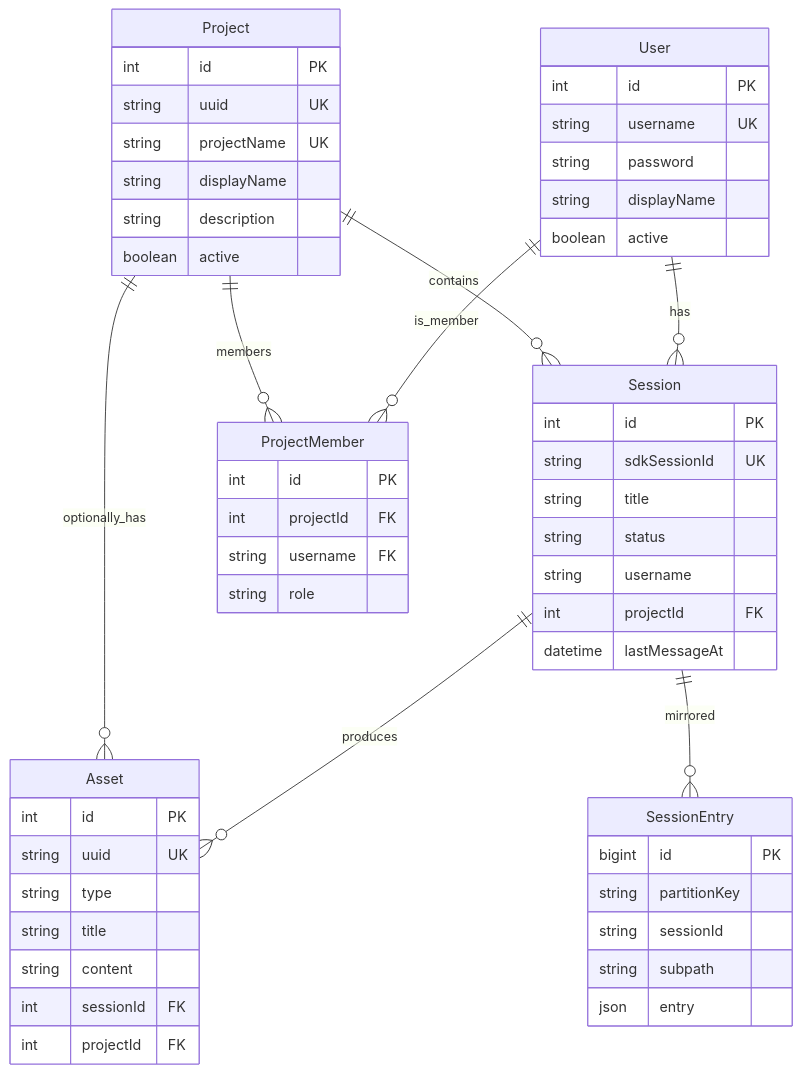
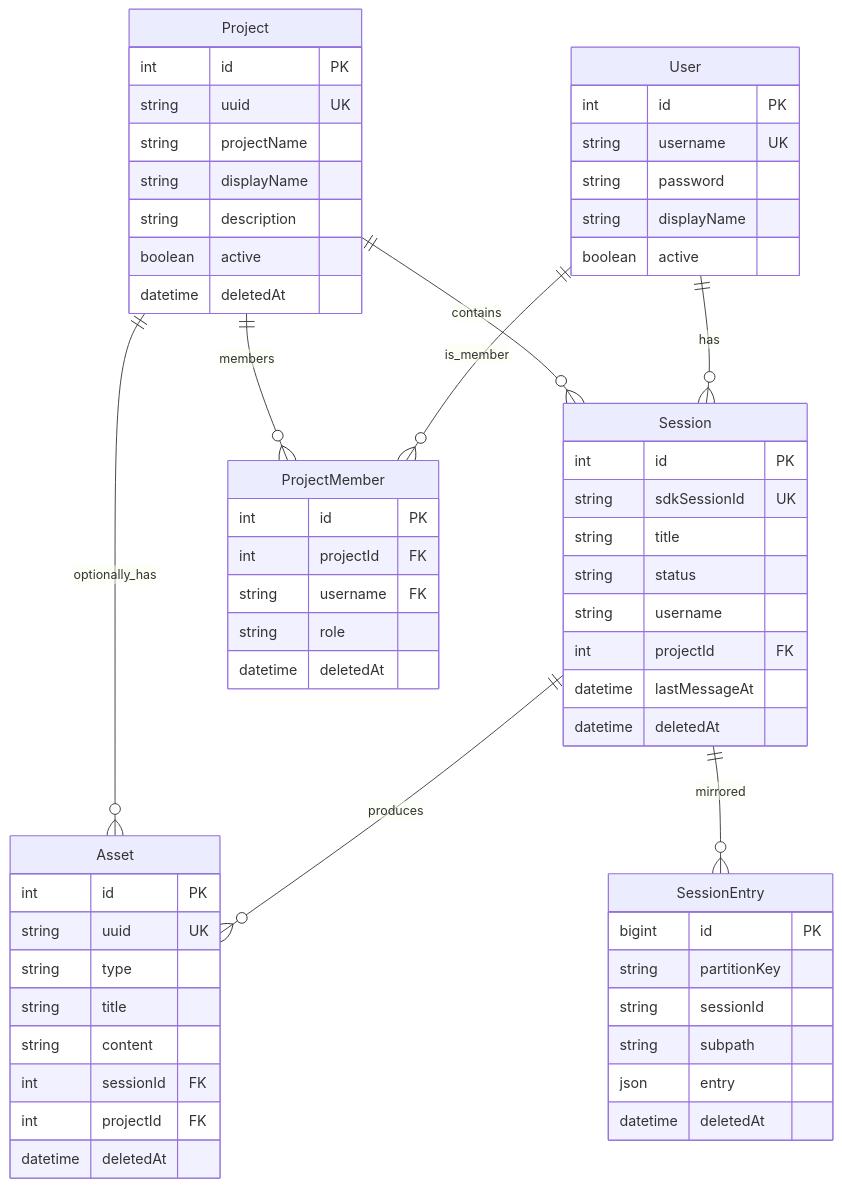
Before and after one commit to billkang/oceanus: the fourth of 4 diagrams in docs/2-architecture/overview.md, drawn with Mermaid. The commit also changed other lines of this file and 64 other files, not shown here.

````diff
--- a/docs/2-architecture/overview.md
+++ b/docs/2-architecture/overview.md
@@ -199,57 +205,62 @@
 ```mermaid
 erDiagram
     User ||--o{ Session : has
     User ||--o{ ProjectMember : is_member
     Project ||--o{ Session : contains
     Project ||--o{ ProjectMember : members
     Session ||--o{ Asset : produces
     Project ||--o{ Asset : optionally_has
     Session ||--o{ SessionEntry : mirrored
 
     User {
         int id PK
         string username UK
         string password
         string displayName
         boolean active
     }
     Project {
         int id PK
         string uuid UK
-        string projectName UK
+        string projectName
         string displayName
         string description
         boolean active
+        datetime deletedAt
     }
     ProjectMember {
         int id PK
         int projectId FK
         string username FK
         string role
+        datetime deletedAt
     }
     Session {
         int id PK
         string sdkSessionId UK
         string title
         string status
         string username
         int projectId FK
         datetime lastMessageAt
+        datetime deletedAt
     }
     SessionEntry {
         bigint id PK
         string partitionKey
         string sessionId
         string subpath
         json entry
+        datetime deletedAt
     }
     Asset {
         int id PK
         string uuid UK
         string type
         string title
         string content
         int sessionId FK
         int projectId FK
+        datetime deletedAt
     }
 ```
````
